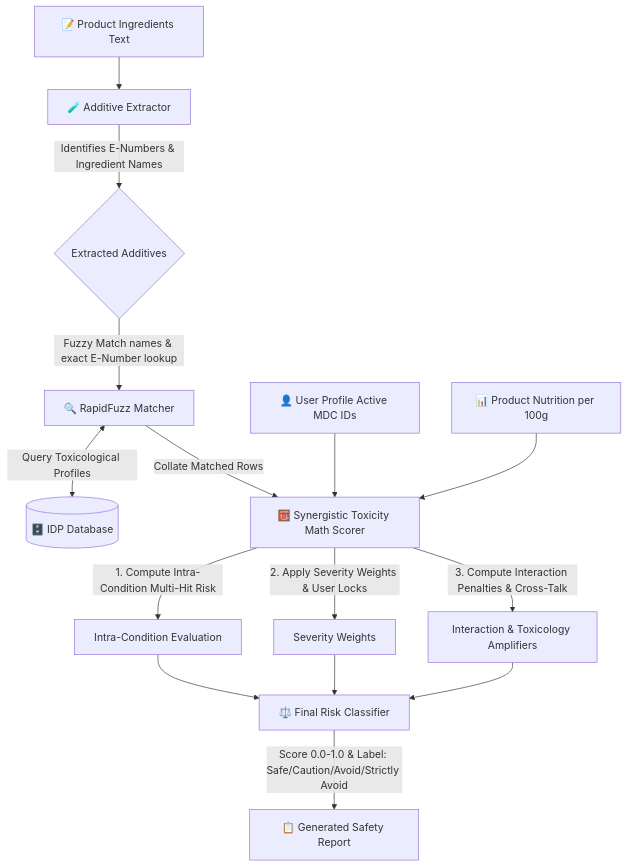
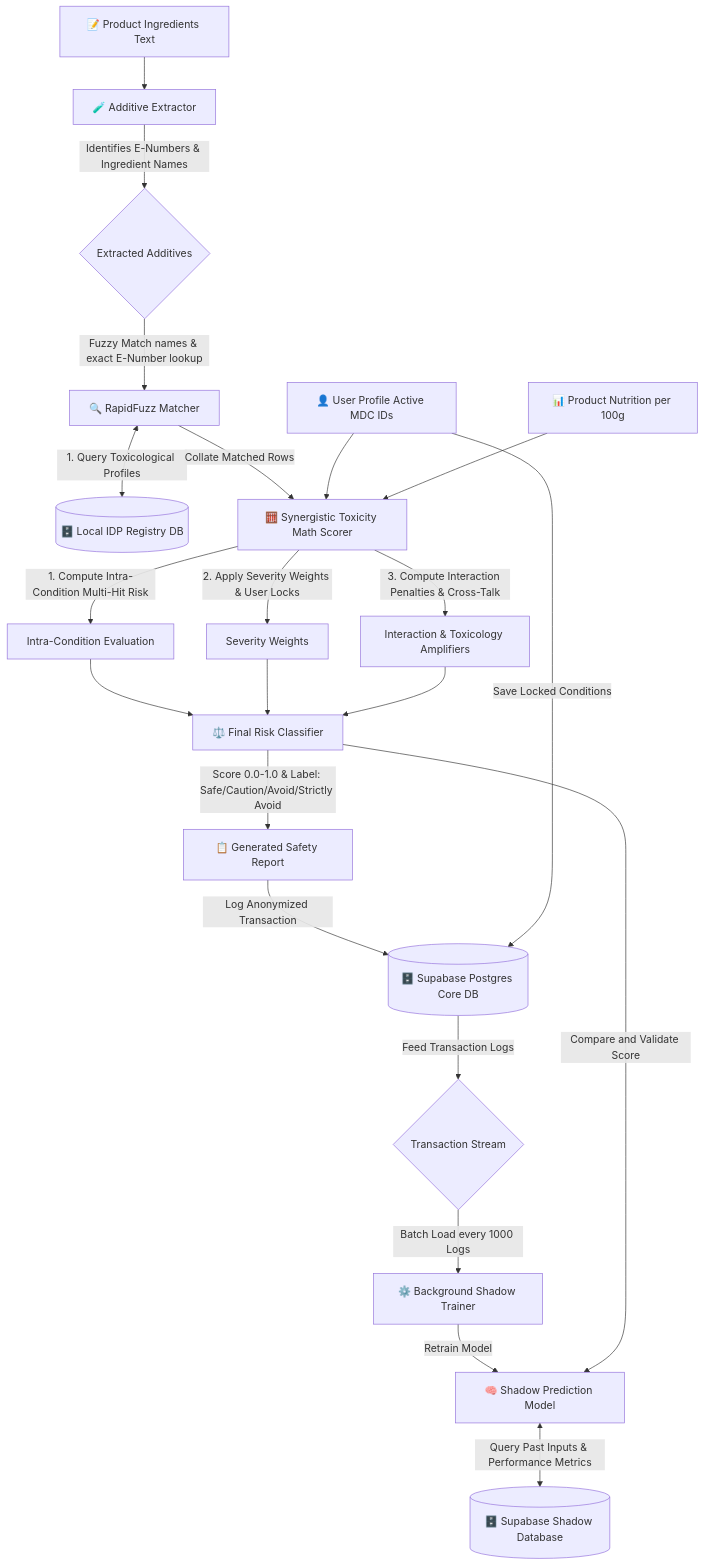
Before and after one commit to sirikumar9106/BioDose---Intelligent-Food-Quality-Consumer-Safety-Intelligence-System: the third of 4 diagrams in README.md, drawn with Mermaid. The commit also changed other lines of this file, not shown here.

````diff
--- a/README.md
+++ b/README.md
@@ -68,20 +71,32 @@
 ```mermaid
 graph TD
     RawIngredients[📝 Product Ingredients Text] --> Extractor[🧪 Additive Extractor]
     Extractor --> |Identifies E-Numbers & Ingredient Names| ExtractedData{Extracted Additives}
     
     ExtractedData --> |Fuzzy Match names & exact E-Number lookup| RapidFuzz[🔍 RapidFuzz Matcher]
-    RapidFuzz <--> |Query Toxicological Profiles| IDP_DB[(🗄️ IDP Database)]
+    RapidFuzz <--> |1. Query Toxicological Profiles| IDP_DB[(🗄️ Local IDP Registry DB)]
     
     RapidFuzz --> |Collate Matched Rows| MathScorer[🧮 Synergistic Toxicity Math Scorer]
     
     UserProfile[👤 User Profile Active MDC IDs] --> MathScorer
     NutritionData[📊 Product Nutrition per 100g] --> MathScorer
     
     MathScorer --> |1. Compute Intra-Condition Multi-Hit Risk| IntraRisk[Intra-Condition Evaluation]
     MathScorer --> |2. Apply Severity Weights & User Locks| WeightedRisk[Severity Weights]
     MathScorer --> |3. Compute Interaction Penalties & Cross-Talk| InterPenalties[Interaction & Toxicology Amplifiers]
     
     IntraRisk & WeightedRisk & InterPenalties --> FinalRisk[⚖️ Final Risk Classifier]
     FinalRisk --> |Score 0.0-1.0 & Label: Safe/Caution/Avoid/Strictly Avoid| Report[📋 Generated Safety Report]
+    
+    %% Database and Log Stream
+    Report --> |Log Anonymized Transaction| SupabaseDB[(🗄️ Supabase Postgres Core DB)]
+    UserProfile --> |Save Locked Conditions| SupabaseDB
+    
+    %% Shadow Model Integration
+    SupabaseDB --> |Feed Transaction Logs| LogStream{Transaction Stream}
+    LogStream --> |Batch Load every 1000 Logs| Trainer[⚙️ Background Shadow Trainer]
+    Trainer --> |Retrain Model| ShadowModel[🧠 Shadow Prediction Model]
+    ShadowModel <--> |Query Past Inputs & Performance Metrics| ShadowDB[(🗄️ Supabase Shadow Database)]
+    
+    FinalRisk --> |Compare and Validate Score| ShadowModel
 ```
````
